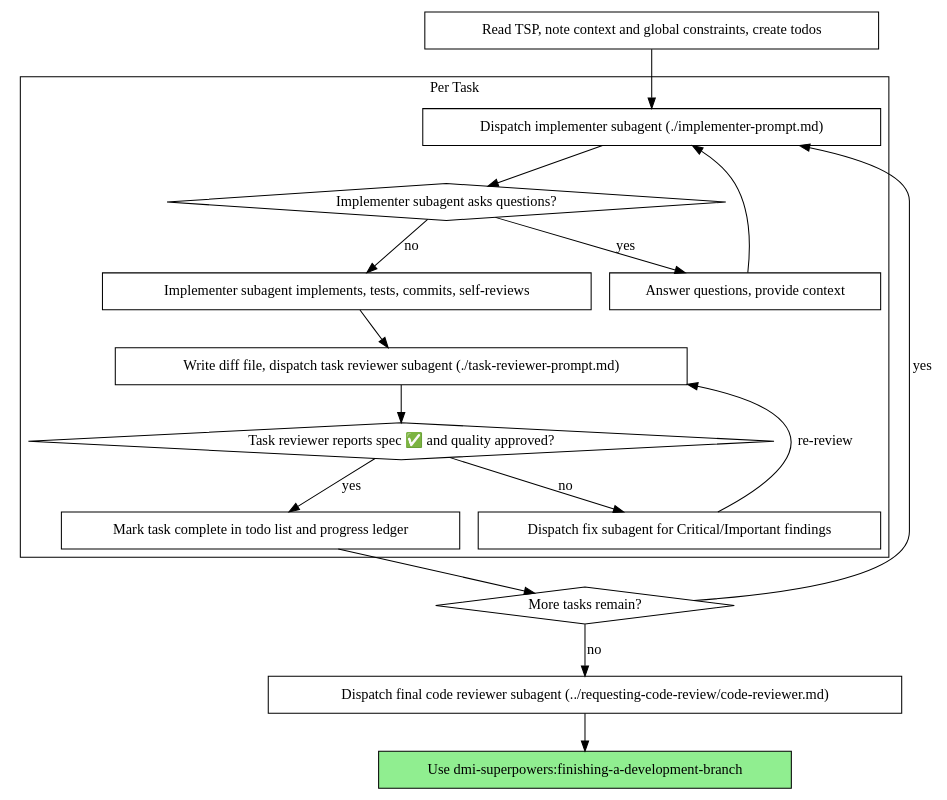
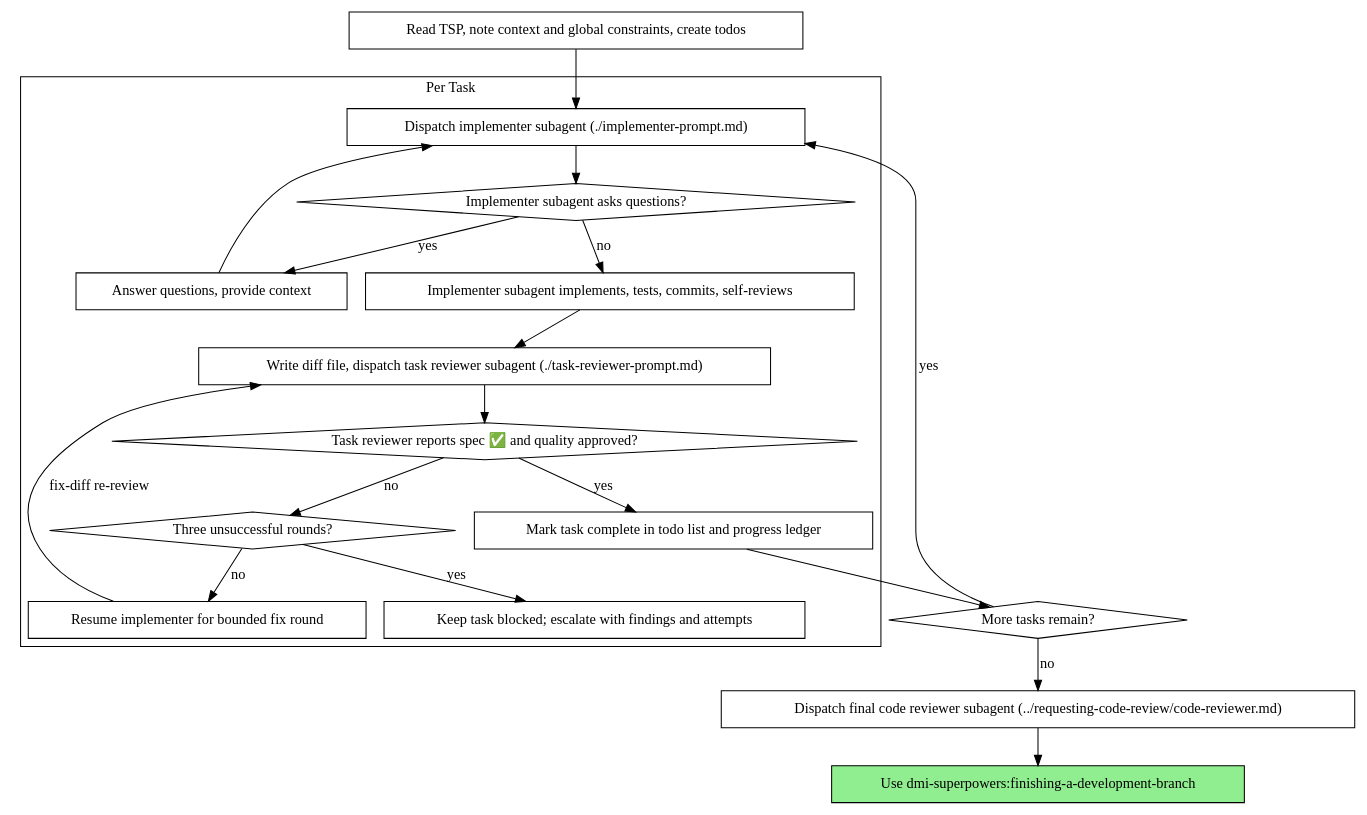
The second of 2 diagrams in skills/subagent-driven-development/examples.md (HundredBillion/dmi_superpowers), drawn with Graphviz before and after one commit. The commit also changed other lines of this file and 2 other files, not shown here.

Commit message:
Bound repair loops and recover task progress per plan

````diff
--- a/skills/subagent-driven-development/examples.md
+++ b/skills/subagent-driven-development/examples.md
@@ -54,37 +54,41 @@
 ```dot
 digraph process {
     rankdir=TB;
 
     subgraph cluster_per_task {
         label="Per Task";
         "Dispatch implementer subagent (./implementer-prompt.md)" [shape=box];
         "Implementer subagent asks questions?" [shape=diamond];
         "Answer questions, provide context" [shape=box];
         "Implementer subagent implements, tests, commits, self-reviews" [shape=box];
         "Write diff file, dispatch task reviewer subagent (./task-reviewer-prompt.md)" [shape=box];
         "Task reviewer reports spec ✅ and quality approved?" [shape=diamond];
-        "Dispatch fix subagent for Critical/Important findings" [shape=box];
+        "Resume implementer for bounded fix round" [shape=box];
+        "Three unsuccessful rounds?" [shape=diamond];
+        "Keep task blocked; escalate with findings and attempts" [shape=box];
         "Mark task complete in todo list and progress ledger" [shape=box];
     }
 
     "Read TSP, note context and global constraints, create todos" [shape=box];
     "More tasks remain?" [shape=diamond];
     "Dispatch final code reviewer subagent (../requesting-code-review/code-reviewer.md)" [shape=box];
     "Use dmi-superpowers:finishing-a-development-branch" [shape=box style=filled fillcolor=lightgreen];
 
     "Read TSP, note context and global constraints, create todos" -> "Dispatch implementer subagent (./implementer-prompt.md)";
     "Dispatch implementer subagent (./implementer-prompt.md)" -> "Implementer subagent asks questions?";
     "Implementer subagent asks questions?" -> "Answer questions, provide context" [label="yes"];
     "Answer questions, provide context" -> "Dispatch implementer subagent (./implementer-prompt.md)";
     "Implementer subagent asks questions?" -> "Implementer subagent implements, tests, commits, self-reviews" [label="no"];
     "Implementer subagent implements, tests, commits, self-reviews" -> "Write diff file, dispatch task reviewer subagent (./task-reviewer-prompt.md)";
     "Write diff file, dispatch task reviewer subagent (./task-reviewer-prompt.md)" -> "Task reviewer reports spec ✅ and quality approved?";
-    "Task reviewer reports spec ✅ and quality approved?" -> "Dispatch fix subagent for Critical/Important findings" [label="no"];
-    "Dispatch fix subagent for Critical/Important findings" -> "Write diff file, dispatch task reviewer subagent (./task-reviewer-prompt.md)" [label="re-review"];
+    "Task reviewer reports spec ✅ and quality approved?" -> "Three unsuccessful rounds?" [label="no"];
+    "Three unsuccessful rounds?" -> "Resume implementer for bounded fix round" [label="no"];
+    "Three unsuccessful rounds?" -> "Keep task blocked; escalate with findings and attempts" [label="yes"];
+    "Resume implementer for bounded fix round" -> "Write diff file, dispatch task reviewer subagent (./task-reviewer-prompt.md)" [label="fix-diff re-review"];
     "Task reviewer reports spec ✅ and quality approved?" -> "Mark task complete in todo list and progress ledger" [label="yes"];
     "Mark task complete in todo list and progress ledger" -> "More tasks remain?";
     "More tasks remain?" -> "Dispatch implementer subagent (./implementer-prompt.md)" [label="yes"];
     "More tasks remain?" -> "Dispatch final code reviewer subagent (../requesting-code-review/code-reviewer.md)" [label="no"];
     "Dispatch final code reviewer subagent (../requesting-code-review/code-reviewer.md)" -> "Use dmi-superpowers:finishing-a-development-branch";
 }
 ```
````
